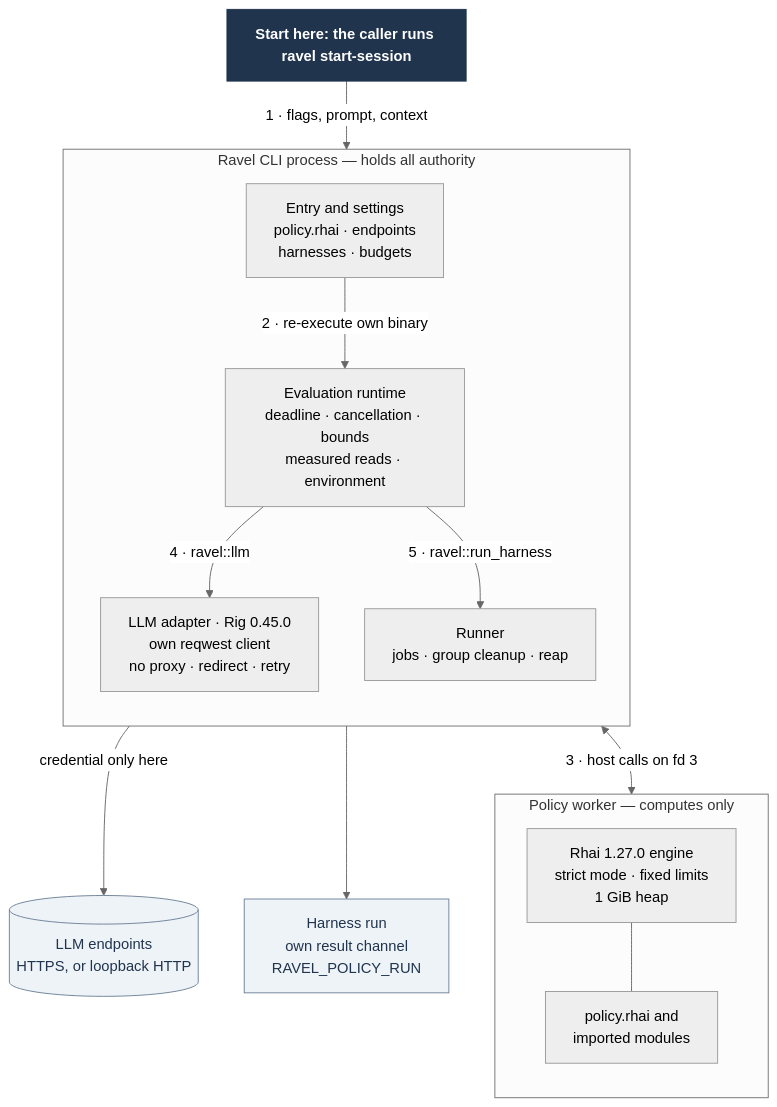
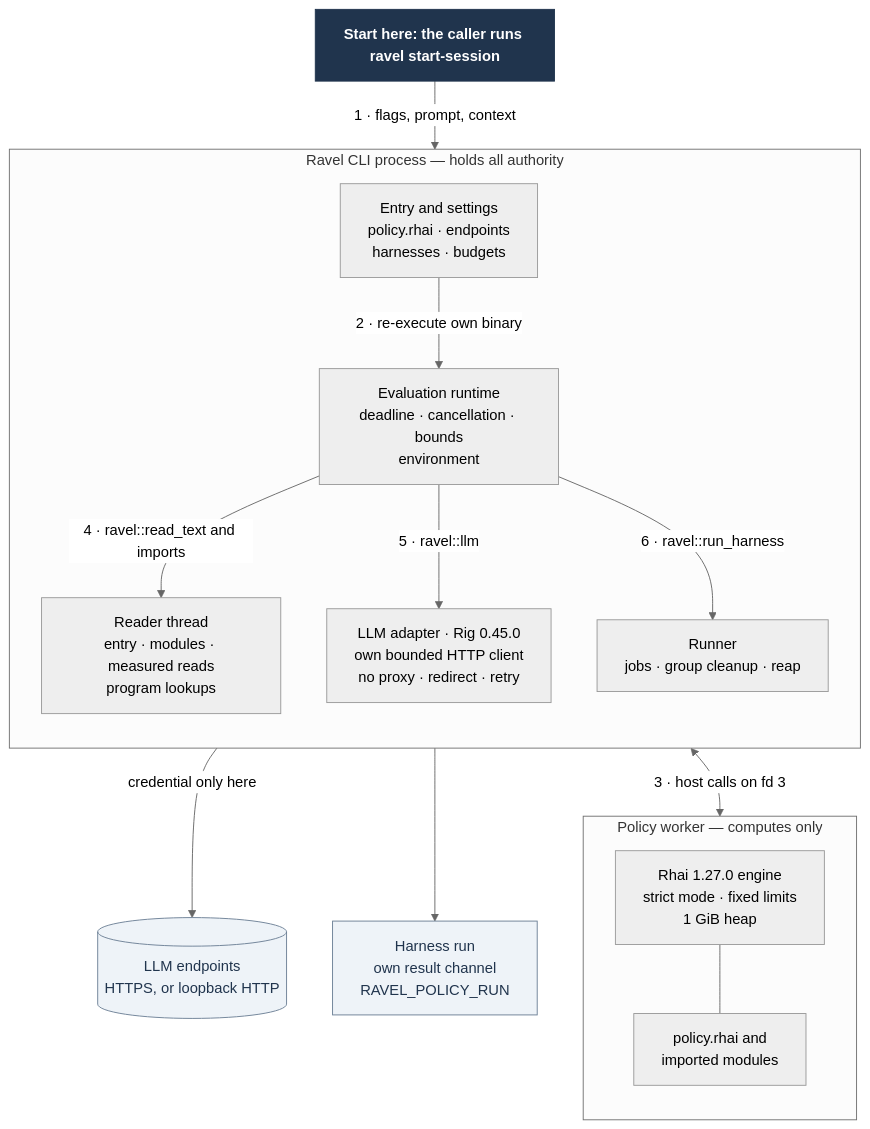
Before and after one commit to Linkuistics/Ravel: the diagram in docs/design/rhai-policy/processes.mmd, drawn with Mermaid (neutral theme). The commit also changed 9 other files, not shown here.

```diff
--- a/docs/design/rhai-policy/processes.mmd
+++ b/docs/design/rhai-policy/processes.mmd
@@ -1,28 +1,30 @@
 flowchart TB
   start["Start here: the caller runs ravel start-session"]
   subgraph cli["Ravel CLI process — holds all authority"]
     direction TB
     auth["Entry and settings<br/>policy.rhai · endpoints<br/>harnesses · budgets"]
-    eval["Evaluation runtime<br/>deadline · cancellation · bounds<br/>measured reads · environment"]
-    llm["LLM adapter · Rig 0.45.0<br/>own reqwest client<br/>no proxy · redirect · retry"]
+    eval["Evaluation runtime<br/>deadline · cancellation · bounds<br/>environment"]
+    reader["Reader thread<br/>entry · modules · measured reads<br/>program lookups"]
+    llm["LLM adapter · Rig 0.45.0<br/>own bounded HTTP client<br/>no proxy · redirect · retry"]
     runner["Runner<br/>jobs · group cleanup · reap"]
   end
   subgraph worker["Policy worker — computes only"]
     direction TB
     rhai["Rhai 1.27.0 engine<br/>strict mode · fixed limits<br/>1 GiB heap"]
     mods["policy.rhai and<br/>imported modules"]
   end
   endpoints[("LLM endpoints<br/>HTTPS, or loopback HTTP")]
   hrun["Harness run<br/>own result channel<br/>RAVEL_POLICY_RUN"]
   start -->|"1 · flags, prompt, context"| auth
   auth -->|"2 · re-execute own binary"| eval
   eval <-->|"3 · host calls on fd 3"| rhai
   rhai --- mods
-  eval -->|"4 · ravel::llm"| llm
+  eval -->|"4 · ravel::read_text and imports"| reader
+  eval -->|"5 · ravel::llm"| llm
   llm -->|"credential only here"| endpoints
-  eval -->|"5 · ravel::run_harness"| runner
+  eval -->|"6 · ravel::run_harness"| runner
   runner --> hrun
   classDef start fill:#20344d,color:#fff,stroke:#20344d,font-weight:bold
   classDef external fill:#eef3f8,color:#20344d,stroke:#6b7f95
   class start start
   class endpoints,hrun external
```
